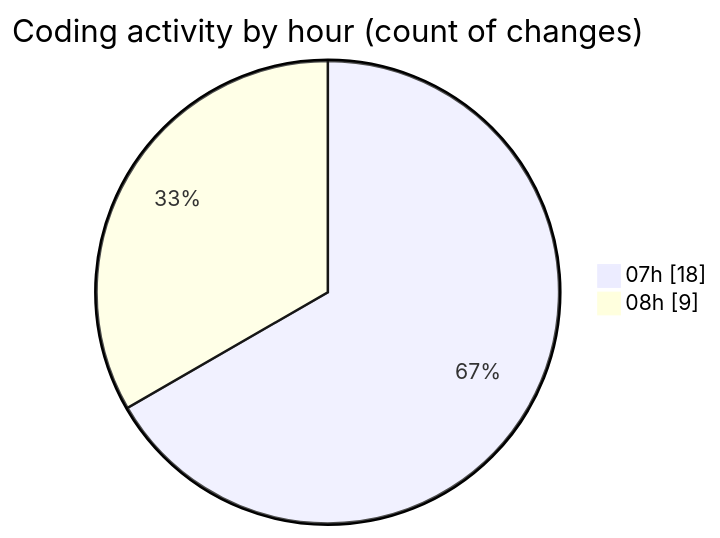
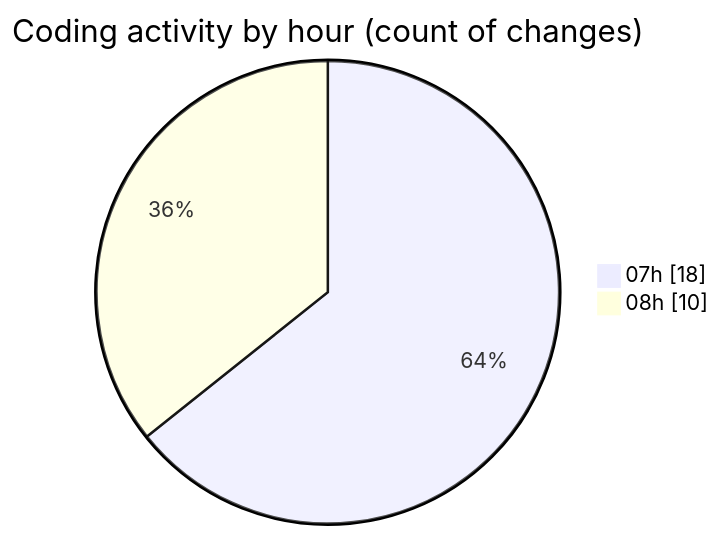
One commit to robertbonfada/code-tracking changed the second of 2 diagrams in 2025-02-03/mbc-web/README.md. Above: the diagram before and after it, drawn with Mermaid. The commit also changed other lines of this file and 1 other file, not shown here.

````diff
--- a/2025-02-03/mbc-web/README.md
+++ b/2025-02-03/mbc-web/README.md
@@ -34,6 +34,6 @@
 ```mermaid
 pie showData
 title Coding activity by hour (count of changes)
 "07h" : 18
-"08h" : 9
+"08h" : 10
 ```
````
